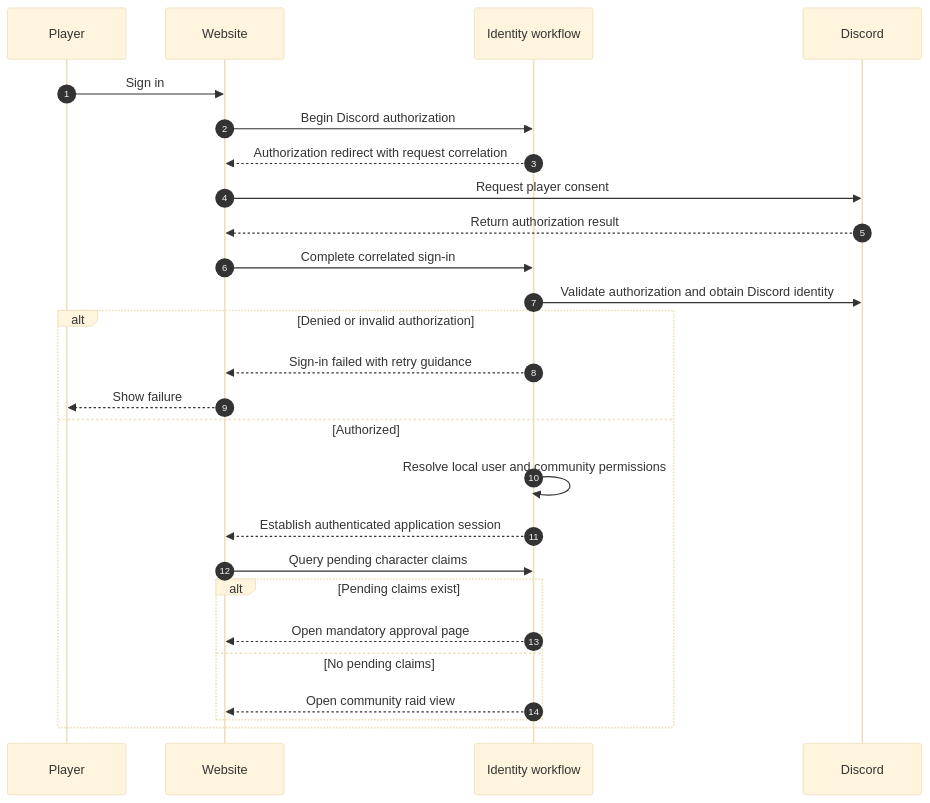
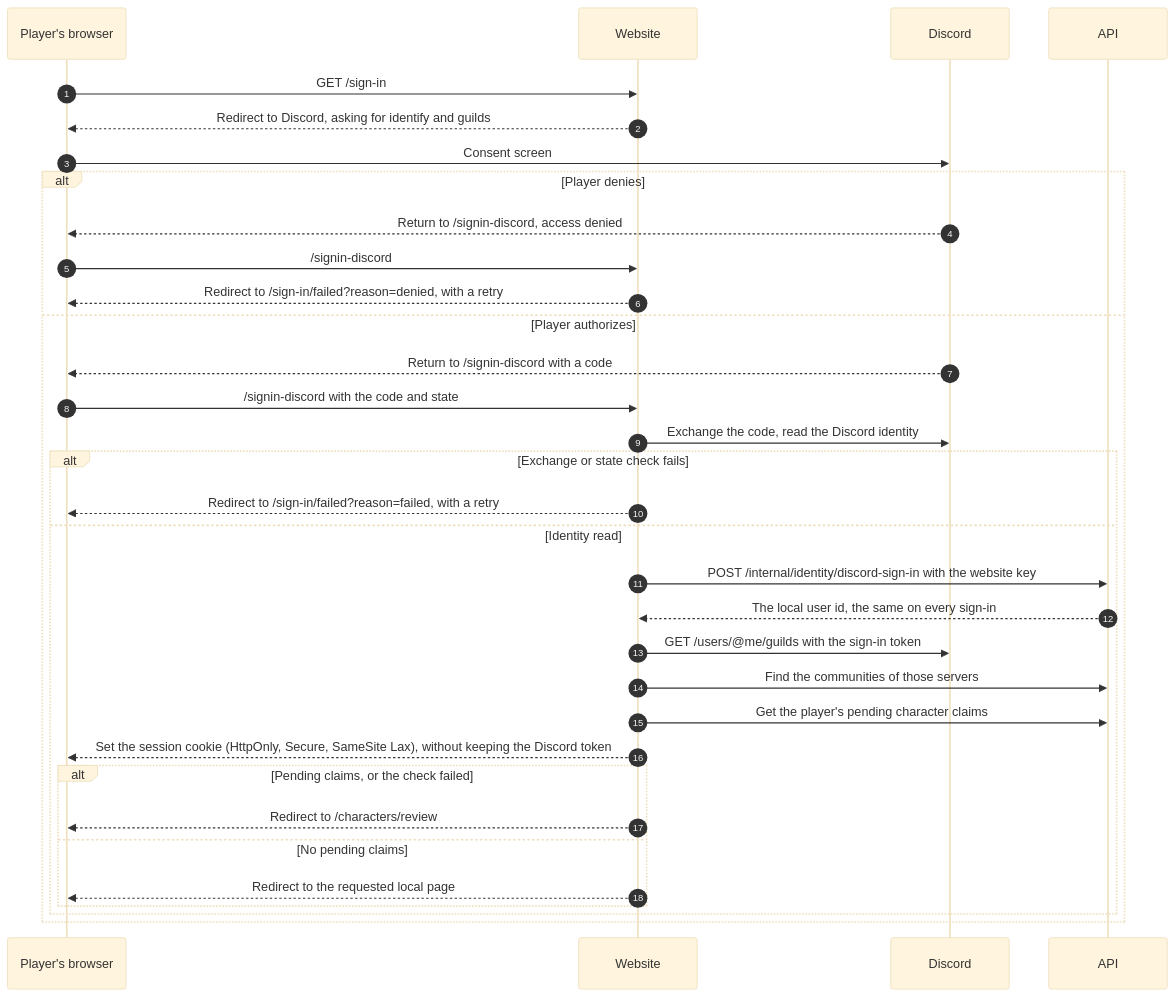
One commit to AnnabiGihed/RaidManager changed the diagram in docs/diagrams/sequence-sign-in.mmd. Above: the diagram before and after it, drawn with Mermaid (base theme). The commit also changed 3 other files, not shown here.

Commit message:
docs(identity): redraw the sign-in sequence for the website-owned session (#100) (#453)

```diff
--- a/docs/diagrams/sequence-sign-in.mmd
+++ b/docs/diagrams/sequence-sign-in.mmd
@@ -1,26 +1,33 @@
 sequenceDiagram
     autonumber
-    participant P as Player
+    participant P as Player's browser
     participant W as Website
-    participant API as Identity workflow
     participant D as Discord
-    P->>W: Sign in
-    W->>API: Begin Discord authorization
-    API-->>W: Authorization redirect with request correlation
-    W->>D: Request player consent
-    D-->>W: Return authorization result
-    W->>API: Complete correlated sign-in
-    API->>D: Validate authorization and obtain Discord identity
-    alt Denied or invalid authorization
-        API-->>W: Sign-in failed with retry guidance
-        W-->>P: Show failure
-    else Authorized
-        API->>API: Resolve local user and community permissions
-        API-->>W: Establish authenticated application session
-        W->>API: Query pending character claims
-        alt Pending claims exist
-            API-->>W: Open mandatory approval page
-        else No pending claims
-            API-->>W: Open community raid view
+    participant API as API
+    P->>W: GET /sign-in
+    W-->>P: Redirect to Discord, asking for identify and guilds
+    P->>D: Consent screen
+    alt Player denies
+        D-->>P: Return to /signin-discord, access denied
+        P->>W: /signin-discord
+        W-->>P: Redirect to /sign-in/failed?reason=denied, with a retry
+    else Player authorizes
+        D-->>P: Return to /signin-discord with a code
+        P->>W: /signin-discord with the code and state
+        W->>D: Exchange the code, read the Discord identity
+        alt Exchange or state check fails
+            W-->>P: Redirect to /sign-in/failed?reason=failed, with a retry
+        else Identity read
+            W->>API: POST /internal/identity/discord-sign-in with the website key
+            API-->>W: The local user id, the same on every sign-in
+            W->>D: GET /users/@me/guilds with the sign-in token
+            W->>API: Find the communities of those servers
+            W->>API: Get the player's pending character claims
+            W-->>P: Set the session cookie (HttpOnly, Secure, SameSite Lax), without keeping the Discord token
+            alt Pending claims, or the check failed
+                W-->>P: Redirect to /characters/review
+            else No pending claims
+                W-->>P: Redirect to the requested local page
+            end
         end
     end
```
